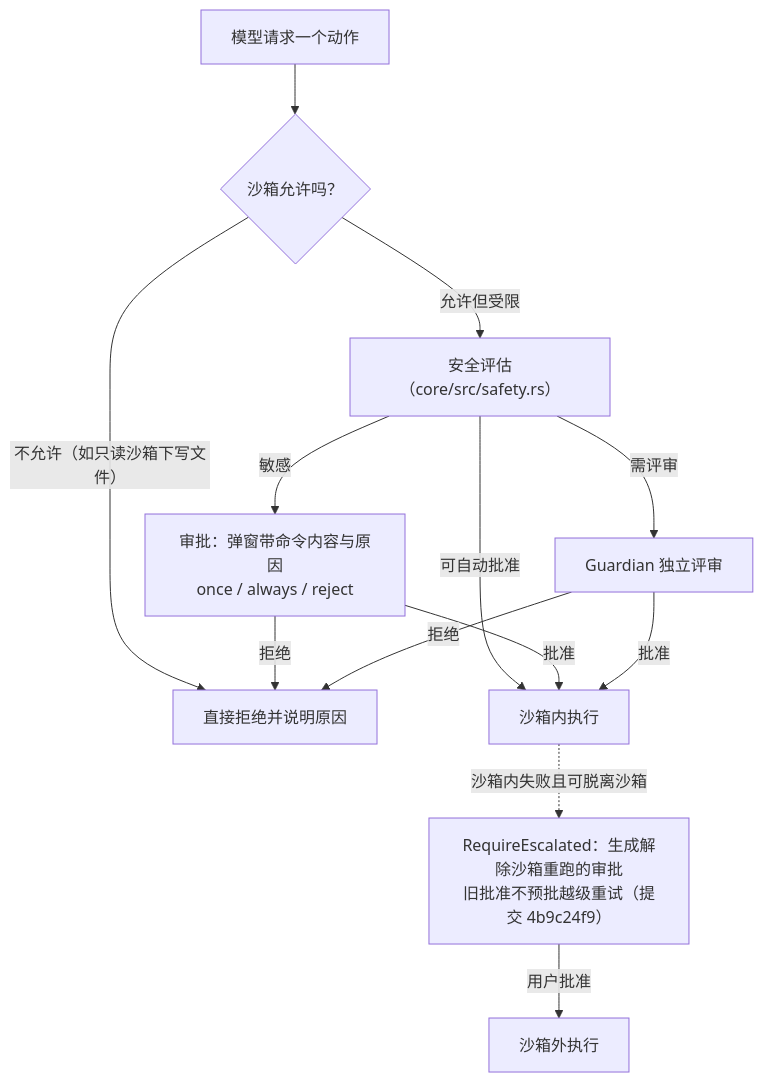
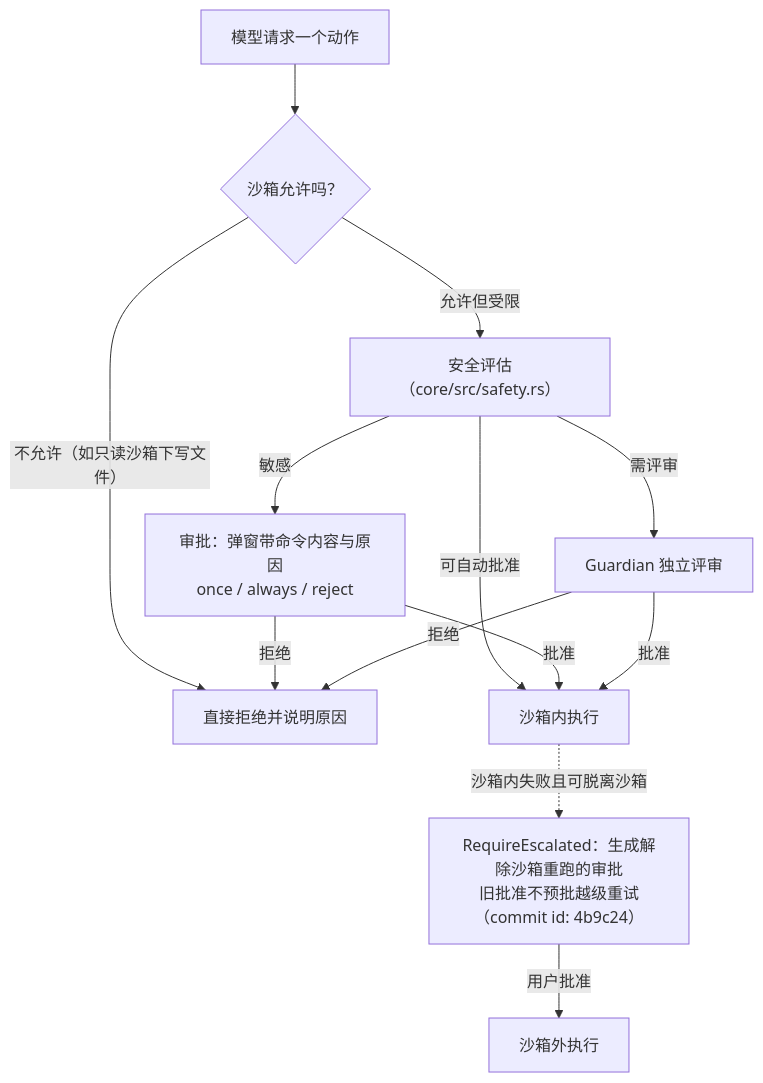
Before and after one commit to zachysun/awesome-agents-notes: the fifth of 11 diagrams in notes/codex.md, drawn with Mermaid. The commit also changed other lines of this file and 7 other files, not shown here.

````diff
--- a/notes/codex.md
+++ b/notes/codex.md
@@ -296,15 +296,15 @@
 ```mermaid
 flowchart TD
     ACT["模型请求一个动作"] --> SANDBOX{"沙箱允许吗？"}
     SANDBOX -->|"不允许（如只读沙箱下写文件）"| DENY["直接拒绝并说明原因"]
     SANDBOX -->|"允许但受限"| EVA["安全评估（core/src/safety.rs）"]
     EVA -->|"可自动批准"| RUN["沙箱内执行"]
     EVA -->|"敏感"| ASK["审批：弹窗带命令内容与原因<br/>once / always / reject"]
     ASK -->|"批准"| RUN
     ASK -->|"拒绝"| DENY
     EVA -->|"需评审"| GUARD["Guardian 独立评审"]
     GUARD -->|"批准"| RUN
     GUARD -->|"拒绝"| DENY
-    RUN -.->|"沙箱内失败且可脱离沙箱"| ESC["RequireEscalated：生成解除沙箱重跑的审批<br/>旧批准不预批越级重试（提交 4b9c24f9）"]
+    RUN -.->|"沙箱内失败且可脱离沙箱"| ESC["RequireEscalated：生成解除沙箱重跑的审批<br/>旧批准不预批越级重试（commit id: 4b9c24）"]
     ESC -->|"用户批准"| OUT["沙箱外执行"]
 ```
````
